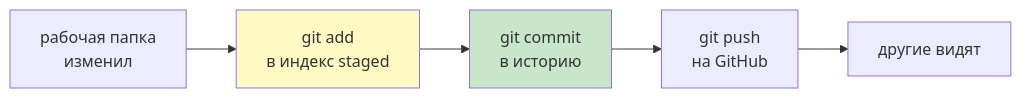
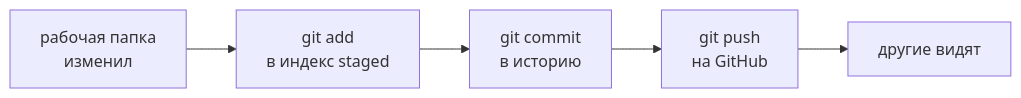
Before and after one commit to JayStorm228/College: the first of 3 diagrams in 02_Курсы/01. Инженерные практики Python/01_Лекции/13. Git и GitHub.md, drawn with Mermaid. The commit also changed other lines of this file and 30 other files, not shown here.

First line of the commit message:
переименование NumPy лекций под академические заголовки + стандартные диаграммы

````diff
--- a/02_Курсы/01. Инженерные практики Python/01_Лекции/13. Git и GitHub.md
+++ b/02_Курсы/01. Инженерные практики Python/01_Лекции/13. Git и GitHub.md
@@ -37,9 +37,7 @@
 ```mermaid
 flowchart LR
   A[рабочая папка<br>изменил] --> B[git add<br>в индекс staged]
   B --> C[git commit<br>в историю]
   C --> D[git push<br>на GitHub]
   D --> E[другие видят]
-  style B fill:#fff9c4
-  style C fill:#c8e6c9
 ```
````
